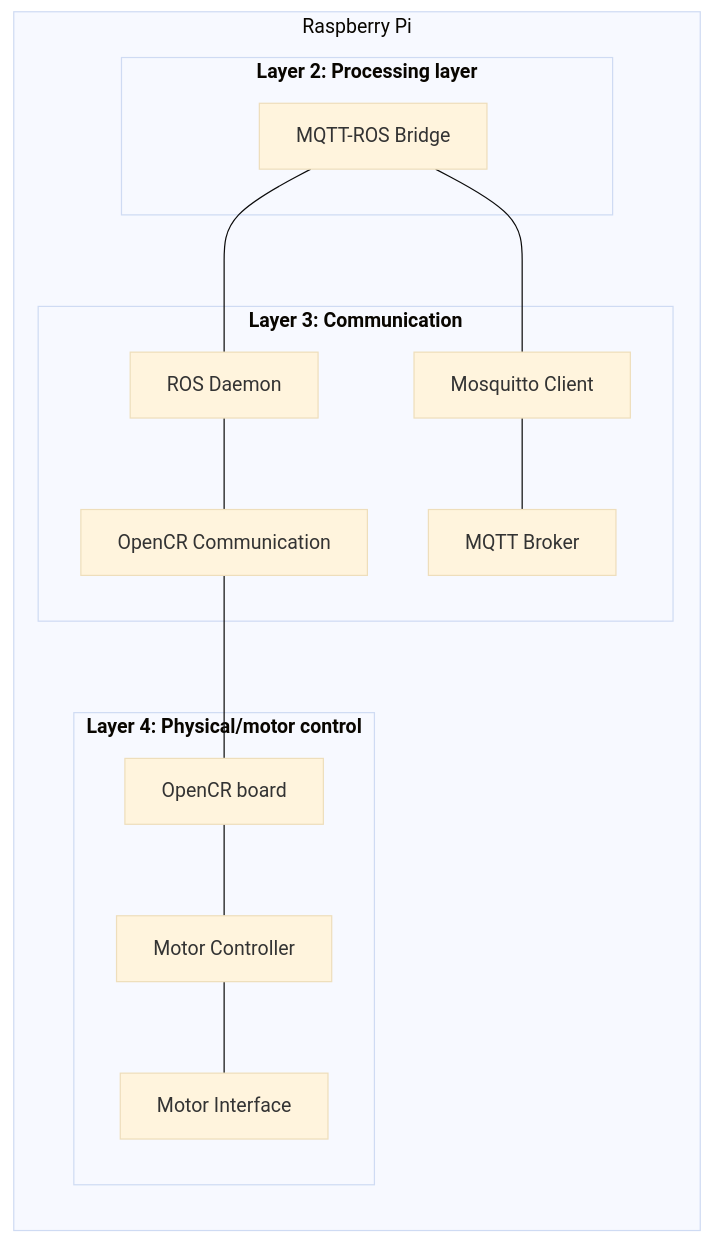
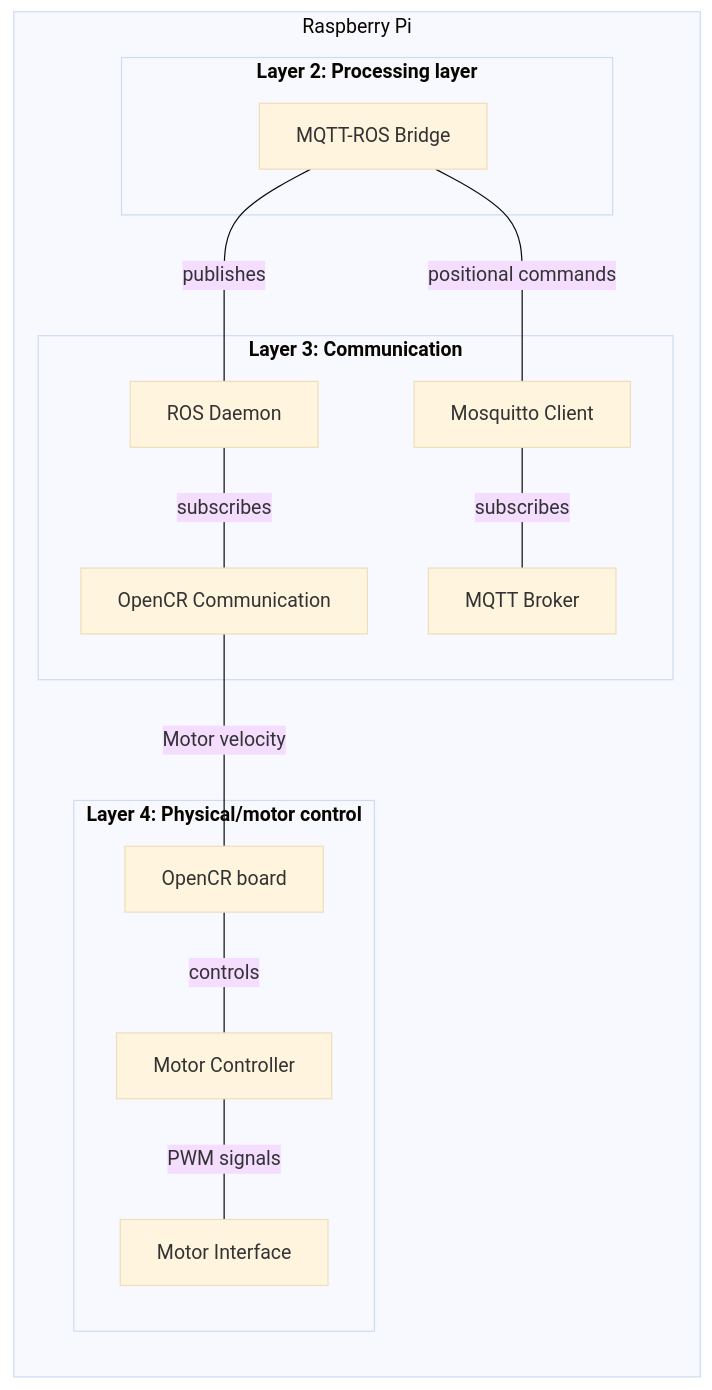
Before and after one commit to Lukas4314/3-Semester-project: the diagram in mermaidCharts/rpi.mmd, drawn with Mermaid (base theme). The commit also changed 2 other files, not shown here.

Commit message:
Refactor flowcharts for PC, RPI, and ESP: update labels and add missing connections

```diff
--- a/mermaidCharts/rpi.mmd
+++ b/mermaidCharts/rpi.mmd
@@ -1,27 +1,27 @@
 flowchart LR
     subgraph RPI[Raspberry Pi]
         
         subgraph L1[<b>Layer 4: Physical/motor control</b>]
             
             
             PI_Board[OpenCR board]
             PI_MC[Motor Controller]
             PI_Mot[Motor Interface]
-            PI_Board --- PI_MC --- PI_Mot
+            PI_Board -- "controls" --- PI_MC -- "PWM signals" --- PI_Mot
         end
         subgraph L2[<b>Layer 3: Communication</b>]
             PI_OPENCR[OpenCR Communication]
             PI_MQTT[MQTT Broker]
             PI_ROS[ROS Daemon]
             PI_Client[Mosquitto Client]
         end
         subgraph L3[<b>Layer 2: Processing layer</b>]
             
             PI_Bridge[MQTT-ROS Bridge]
         end
     end
-    PI_OPENCR --- PI_Board
-    PI_Client --- PI_MQTT
-    PI_Bridge --- PI_Client
-    PI_Bridge --- PI_ROS
-    PI_ROS --- PI_OPENCR
+    PI_OPENCR -- "Motor velocity" --- PI_Board
+    PI_Client -- "subscribes" --- PI_MQTT
+    PI_Bridge -- "positional commands" --- PI_Client
+    PI_Bridge -- "publishes" --- PI_ROS
+    PI_ROS -- "subscribes" --- PI_OPENCR
```
